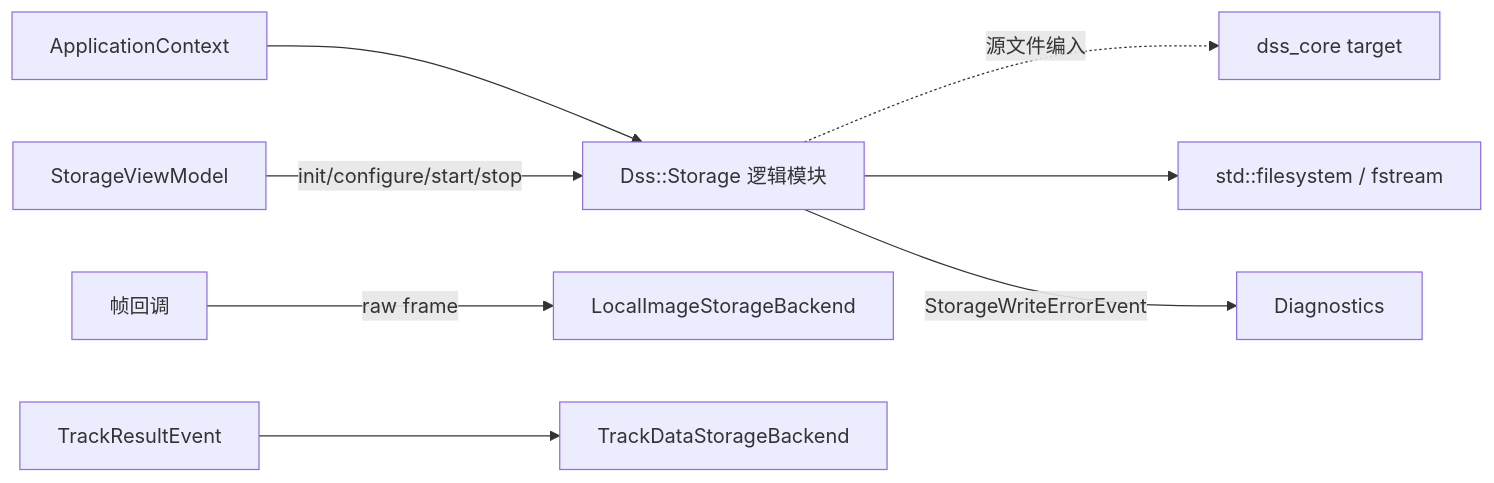
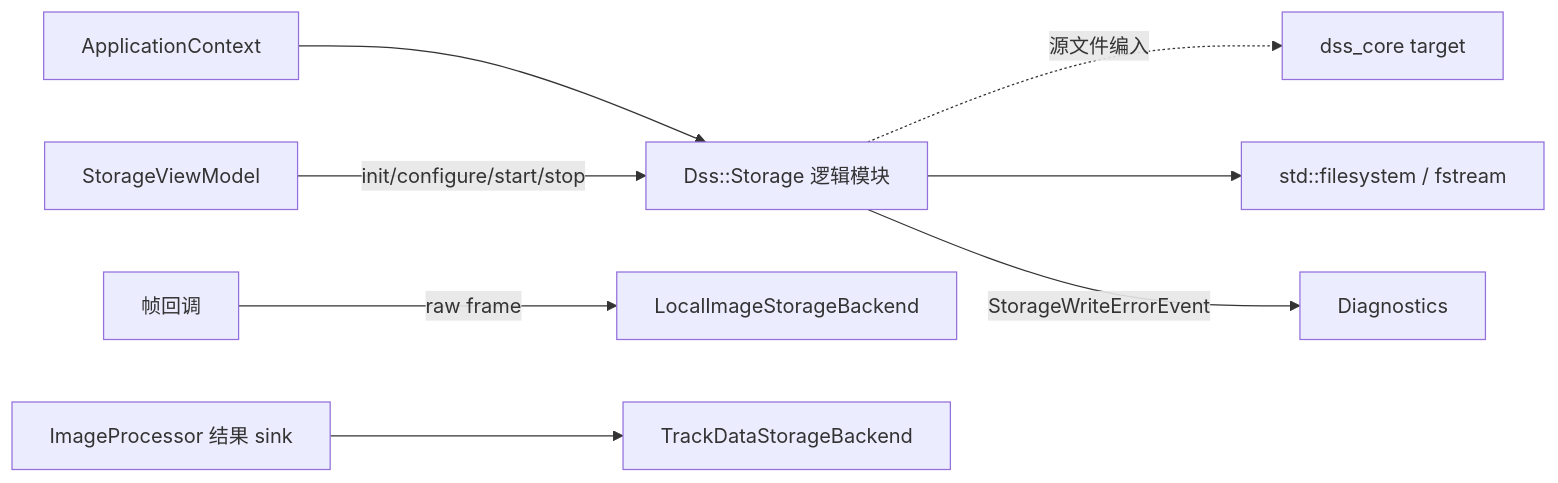
One commit to with-fair-wind/1mZGG changed the first of 6 diagrams in docs/module-storage.md. Above: the diagram before and after it, drawn with Mermaid. The commit also changed other lines of this file and 27 other files, not shown here.

````diff
--- a/docs/module-storage.md
+++ b/docs/module-storage.md
@@ -104,10 +110,10 @@
 ```mermaid
 flowchart LR
     STORE["Dss::Storage 逻辑模块"] -. "源文件编入" .-> CORE["dss_core target"]
     APP["ApplicationContext"] --> STORE
     UI["StorageViewModel"] -->|"init/configure/start/stop"| STORE
     ACQ["帧回调"] -->|"raw frame"| IMG["LocalImageStorageBackend"]
-    BUS["TrackResultEvent"] --> TRACK["TrackDataStorageBackend"]
+    PROC["ImageProcessor 结果 sink"] --> TRACK["TrackDataStorageBackend"]
     STORE --> FS["std::filesystem / fstream"]
     STORE -->|"StorageWriteErrorEvent"| DIAG["Diagnostics"]
 ```
````
